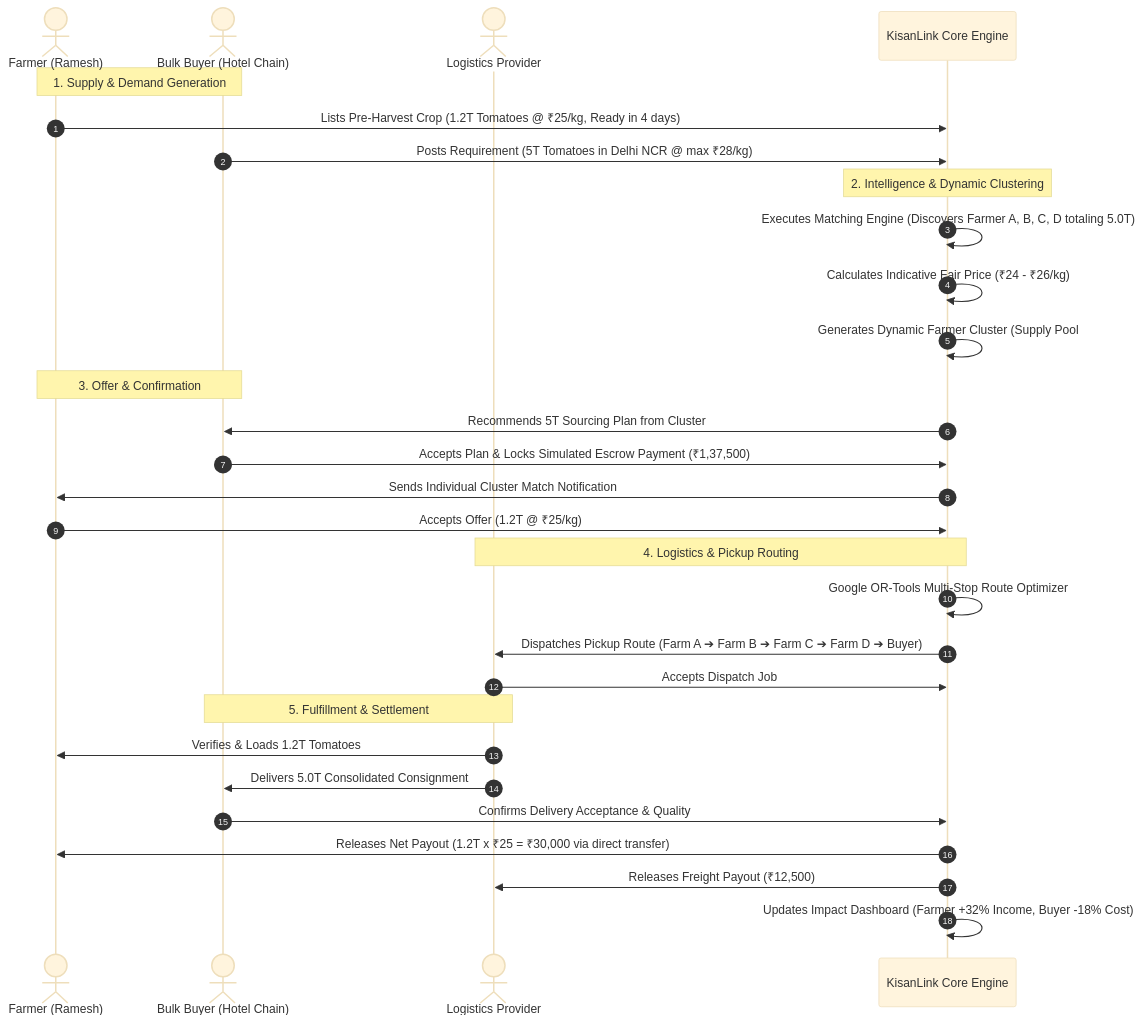
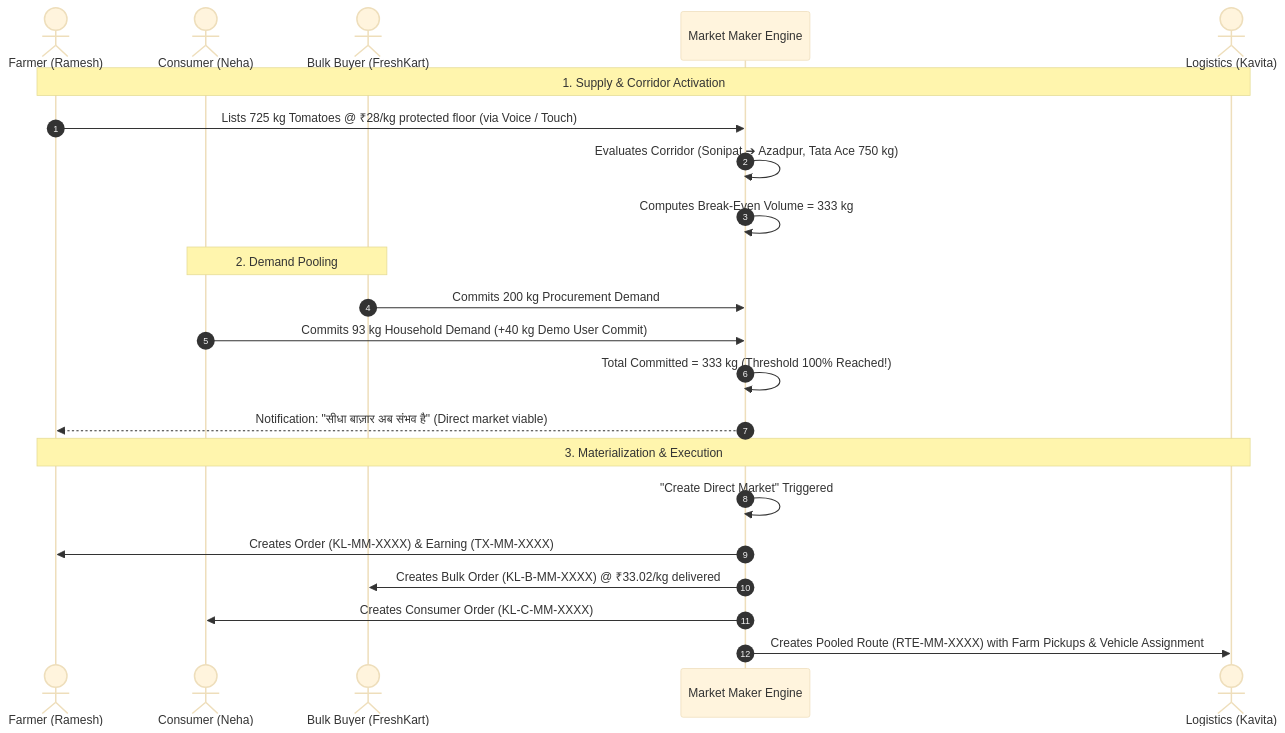
Before and after one commit to vanshbahl/KisanLink: the second of 2 diagrams in DOCS/PRD.md, drawn with Mermaid (base theme). The commit also changed other lines of this file and 11 other files, not shown here.

````diff
--- a/DOCS/PRD.md
+++ b/DOCS/PRD.md
@@ -227,36 +193,27 @@
 ```mermaid
 sequenceDiagram
     autonumber
     actor Farmer as Farmer (Ramesh)
-    actor Buyer as Bulk Buyer (Hotel Chain)
-    actor Transporter as Logistics Provider
-    participant System as KisanLink Core Engine
+    actor Consumer as Consumer (Neha)
+    actor Bulk as Bulk Buyer (FreshKart)
+    participant MM as Market Maker Engine
+    actor Logi as Logistics (Kavita)
 
-    Note over Farmer, Buyer: 1. Supply & Demand Generation
-    Farmer->>System: Lists Pre-Harvest Crop (1.2T Tomatoes @ ₹25/kg, Ready in 4 days)
-    Buyer->>System: Posts Requirement (5T Tomatoes in Delhi NCR @ max ₹28/kg)
-    
-    Note over System: 2. Intelligence & Dynamic Clustering
-    System->>System: Executes Matching Engine (Discovers Farmer A, B, C, D totaling 5.0T)
-    System->>System: Calculates Indicative Fair Price (₹24 - ₹26/kg)
-    System->>System: Generates Dynamic Farmer Cluster (Supply Pool #TC-104)
-    
-    Note over Farmer, Buyer: 3. Offer & Confirmation
-    System->>Buyer: Recommends 5T Sourcing Plan from Cluster #TC-104
-    Buyer->>System: Accepts Plan & Locks Simulated Escrow Payment (₹1,37,500)
-    System->>Farmer: Sends Individual Cluster Match Notification
-    Farmer->>System: Accepts Offer (1.2T @ ₹25/kg)
-    
-    Note over System, Transporter: 4. Logistics & Pickup Routing
-    System->>System: Google OR-Tools Multi-Stop Route Optimizer
-    System->>Transporter: Dispatches Pickup Route (Farm A ➔ Farm B ➔ Farm C ➔ Farm D ➔ Buyer)
-    Transporter->>System: Accepts Dispatch Job
-    
-    Note over Transporter, Buyer: 5. Fulfillment & Settlement
-    Transporter->>Farmer: Verifies & Loads 1.2T Tomatoes
-    Transporter->>Buyer: Delivers 5.0T Consolidated Consignment
-    Buyer->>System: Confirms Delivery Acceptance & Quality
-    System->>Farmer: Releases Net Payout (1.2T x ₹25 = ₹30,000 via direct transfer)
-    System->>Transporter: Releases Freight Payout (₹12,500)
-    System->>System: Updates Impact Dashboard (Farmer +32% Income, Buyer -18% Cost)
+    Note over Farmer, Logi: 1. Supply & Corridor Activation
+    Farmer->>MM: Lists 725 kg Tomatoes @ ₹28/kg protected floor (via Voice / Touch)
+    MM->>MM: Evaluates Corridor (Sonipat ➔ Azadpur, Tata Ace 750 kg)
+    MM->>MM: Computes Break-Even Volume = 333 kg
+
+    Note over Consumer, Bulk: 2. Demand Pooling
+    Bulk->>MM: Commits 200 kg Procurement Demand
+    Consumer->>MM: Commits 93 kg Household Demand (+40 kg Demo User Commit)
+    MM->>MM: Total Committed = 333 kg (Threshold 100% Reached!)
+    MM-->>Farmer: Notification: "सीधा बाज़ार अब संभव है" (Direct market viable)
+
+    Note over Farmer, Logi: 3. Materialization & Execution
+    MM->>MM: "Create Direct Market" Triggered
+    MM->>Farmer: Creates Order (KL-MM-XXXX) & Earning (TX-MM-XXXX)
+    MM->>Bulk: Creates Bulk Order (KL-B-MM-XXXX) @ ₹33.02/kg delivered
+    MM->>Consumer: Creates Consumer Order (KL-C-MM-XXXX)
+    MM->>Logi: Creates Pooled Route (RTE-MM-XXXX) with Farm Pickups & Vehicle Assignment
 ```
````
